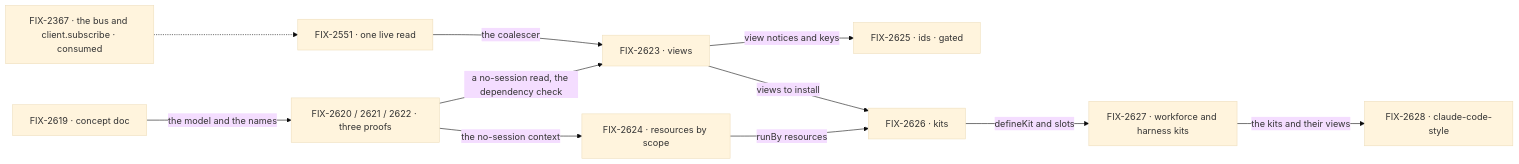
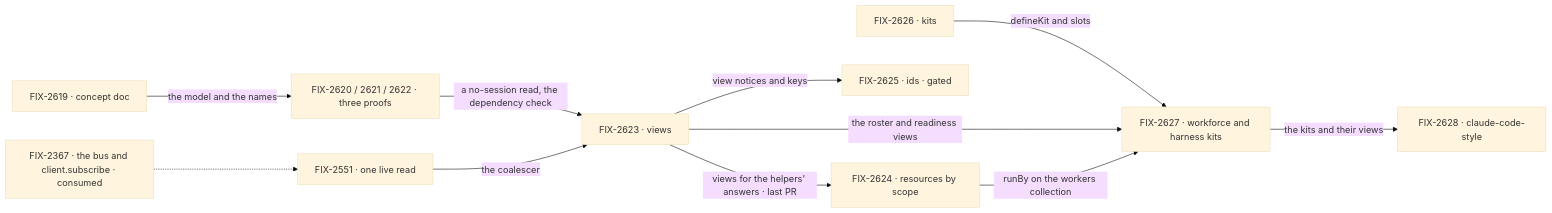
Before and after one commit to fixpoint-labs/flow-state-dev: the second of 2 diagrams in specs/epics/FIX-2618/SPEC.md, drawn with Mermaid (base theme). The commit also changed other lines of this file and 12 other files, not shown here.

````diff
--- a/specs/epics/FIX-2618/SPEC.md
+++ b/specs/epics/FIX-2618/SPEC.md
@@ -104,13 +104,13 @@
 ```mermaid
 flowchart LR
   X["FIX-2367 · the bus and client.subscribe · consumed"] -.-> L
   D["FIX-2619 · concept doc"] -->|"the model and the names"| P["FIX-2620 / 2621 / 2622 · three proofs"]
   P -->|"a no-session read, the dependency check"| V["FIX-2623 · views"]
   L["FIX-2551 · one live read"] -->|"the coalescer"| V
-  P -->|"the no-session context"| R["FIX-2624 · resources by scope"]
+  V -->|"views for the helpers' answers · last PR"| R["FIX-2624 · resources by scope"]
   V -->|"view notices and keys"| I["FIX-2625 · ids · gated"]
-  V -->|"views to install"| K["FIX-2626 · kits"]
-  R -->|"runBy resources"| K
-  K -->|"defineKit and slots"| W["FIX-2627 · workforce and harness kits"]
+  K["FIX-2626 · kits"] -->|"defineKit and slots"| W["FIX-2627 · workforce and harness kits"]
+  V -->|"the roster and readiness views"| W
+  R -->|"runBy on the workers collection"| W
   W -->|"the kits and their views"| C["FIX-2628 · claude-code-style"]
 ```
````
